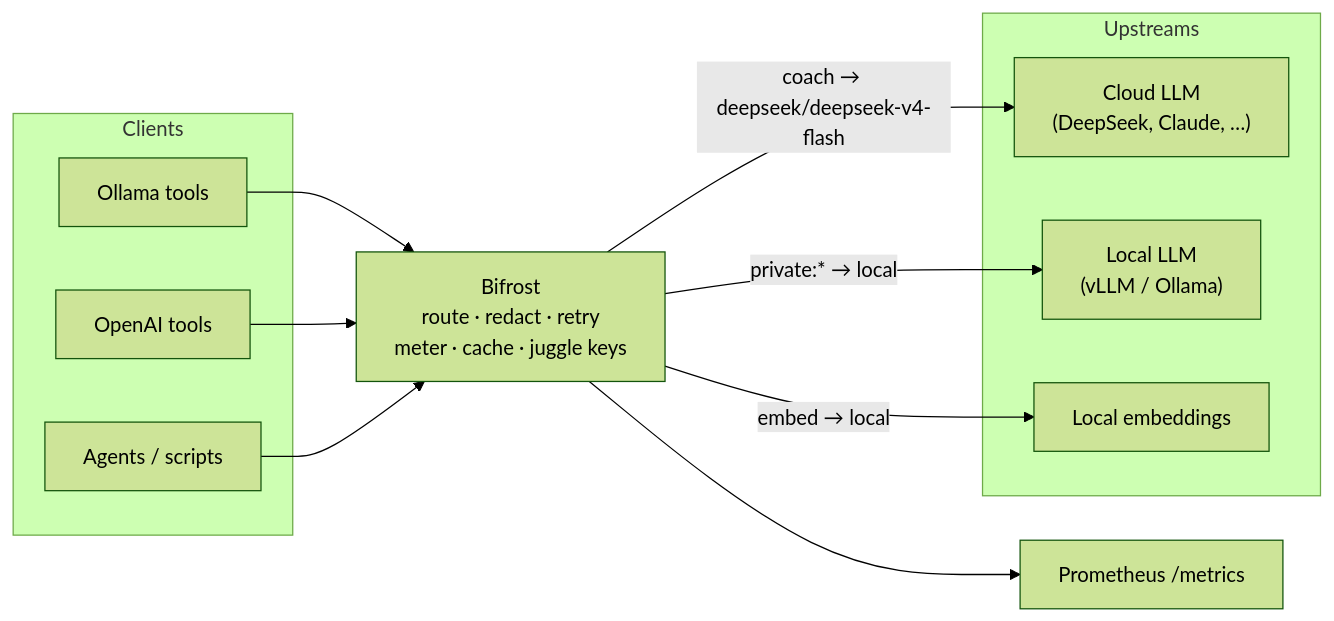
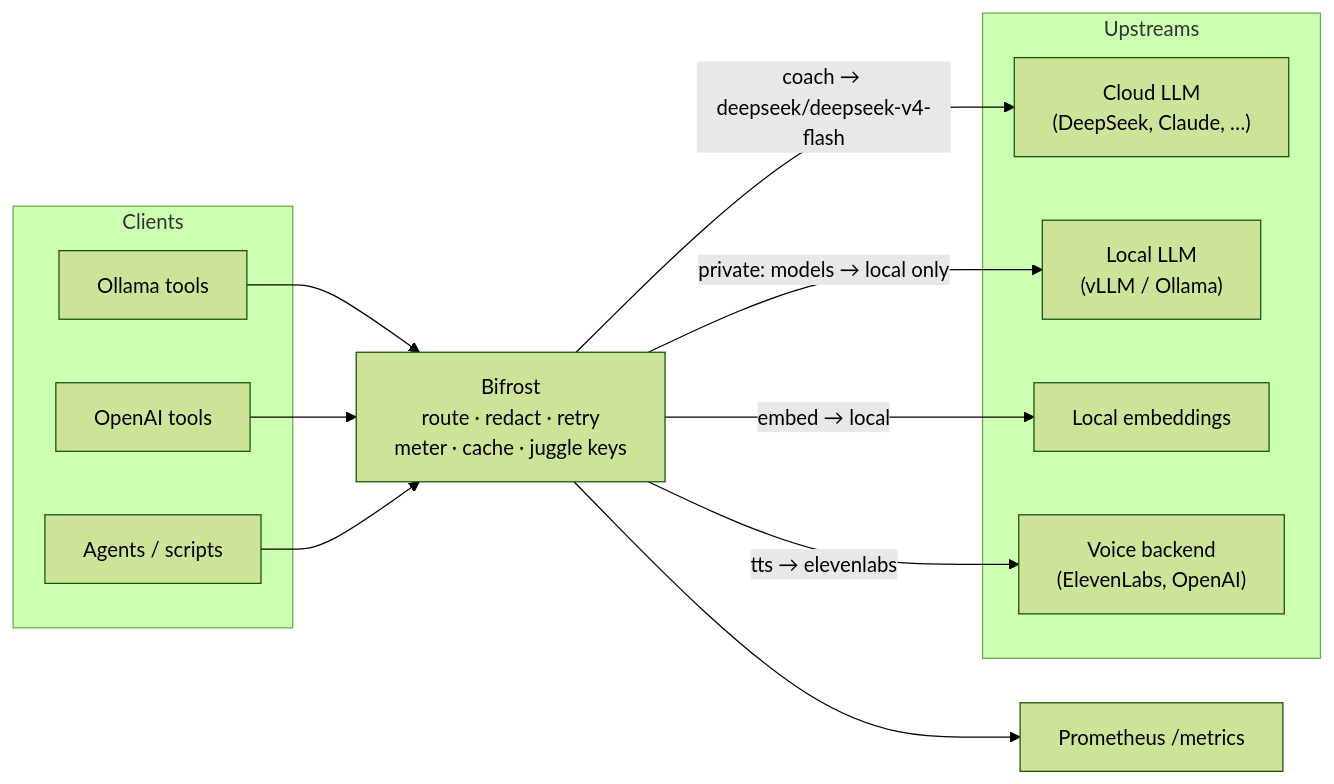
The diagram in README.md (StevenGann/bifrost), drawn with Mermaid (forest theme) before and after one commit. The commit also changed other lines of this file, not shown here.

````diff
--- a/README.md
+++ b/README.md
@@ -11,24 +11,26 @@
 ```mermaid
 flowchart LR
     subgraph Clients[Clients]
         O["Ollama tools"]
         V["OpenAI tools"]
         A["Agents / scripts"]
     end
 
     B["Bifrost<br/>route · redact · retry<br/>meter · cache · juggle keys"]
 
     subgraph Upstreams[Upstreams]
         C["Cloud LLM<br/>(DeepSeek, Claude, …)"]
         L["Local LLM<br/>(vLLM / Ollama)"]
         E["Local embeddings"]
+        S["Voice backend<br/>(ElevenLabs, OpenAI)"]
     end
 
     O --> B
     V --> B
     A --> B
     B -->|"coach → deepseek/deepseek-v4-flash"| C
-    B -->|"private:* → local"| L
+    B -->|"private: models → local only"| L
     B -->|"embed → local"| E
+    B -->|"tts → elevenlabs"| S
     B --> M["Prometheus /metrics"]
 ```
````
